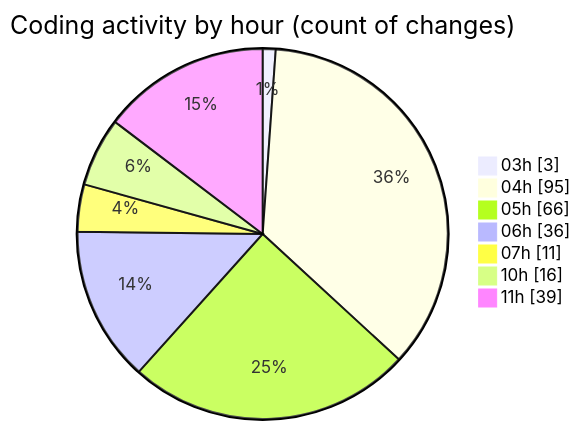
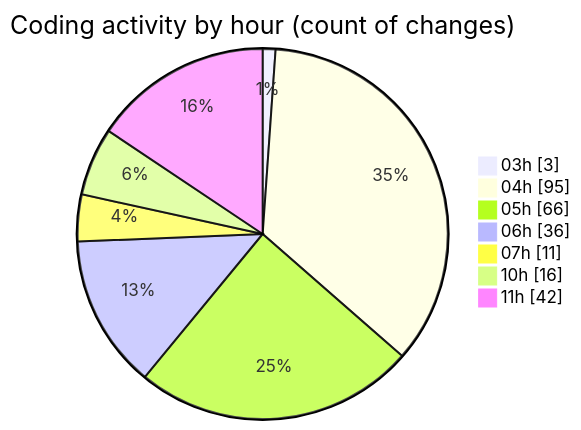
The second of 2 diagrams in 2025-01-03/tinycms/README.md (ernivani/code-tracking), drawn with Mermaid before and after one commit. The commit also changed other lines of this file and 5 other files, not shown here.

````diff
--- a/2025-01-03/tinycms/README.md
+++ b/2025-01-03/tinycms/README.md
@@ -76,11 +76,11 @@
 ```mermaid
 pie showData
 title Coding activity by hour (count of changes)
 "03h" : 3
 "04h" : 95
 "05h" : 66
 "06h" : 36
 "07h" : 11
 "10h" : 16
-"11h" : 39
+"11h" : 42
 ```
````
